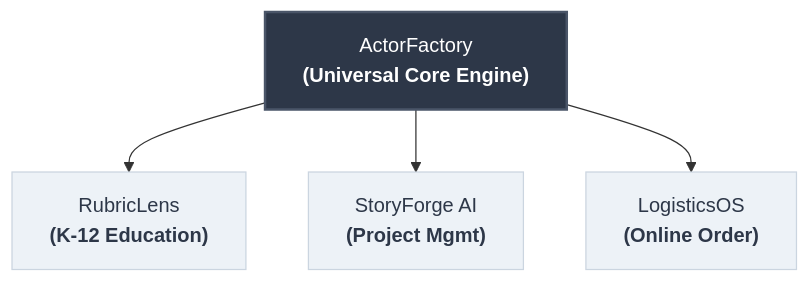
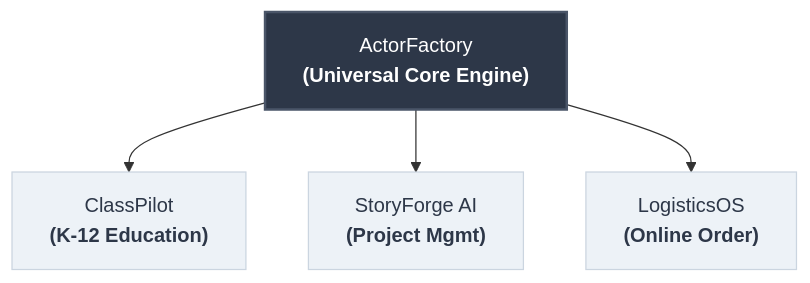
The diagram in README.md (petergdoyle/actor-factory), drawn with Mermaid before and after one commit.

Commit message:
docs: rename RubricLens to ClassPilot in architecture diagram

````diff
--- a/README.md
+++ b/README.md
@@ -13,20 +13,20 @@
 ```mermaid
 flowchart TD
     %% Nodes
     Core["ActorFactory<br/><b>(Universal Core Engine)</b>"]
     
-    Edu["RubricLens<br/><b>(K-12 Education)</b>"]
+    Edu["ClassPilot<br/><b>(K-12 Education)</b>"]
     Story["StoryForge AI<br/><b>(Project Mgmt)</b>"]
     Log["LogisticsOS<br/><b>(Online Order)</b>"]
 
     %% Relationships
     Core --> Edu
     Core --> Story
     Core --> Log
 
     %% Styling
     style Core fill:#2d3748,stroke:#4a5568,stroke-width:2px,color:#fff
     style Edu fill:#edf2f7,stroke:#cbd5e0,stroke-width:1px,color:#2d3748
     style Story fill:#edf2f7,stroke:#cbd5e0,stroke-width:1px,color:#2d3748
     style Log fill:#edf2f7,stroke:#cbd5e0,stroke-width:1px,color:#2d3748
 ```
````
